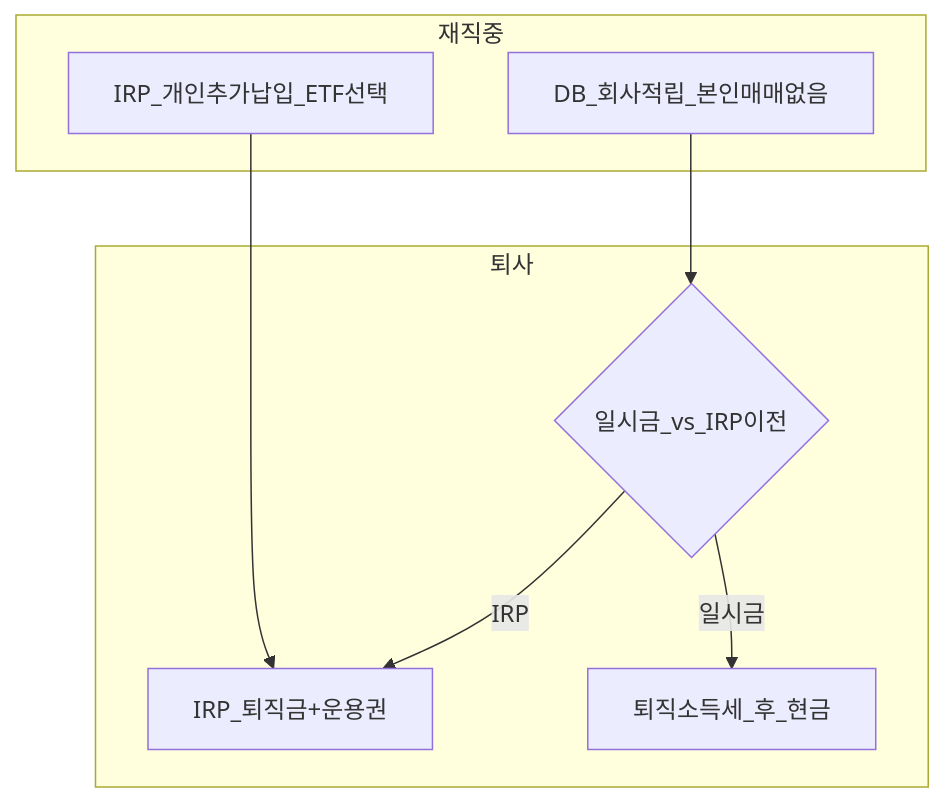
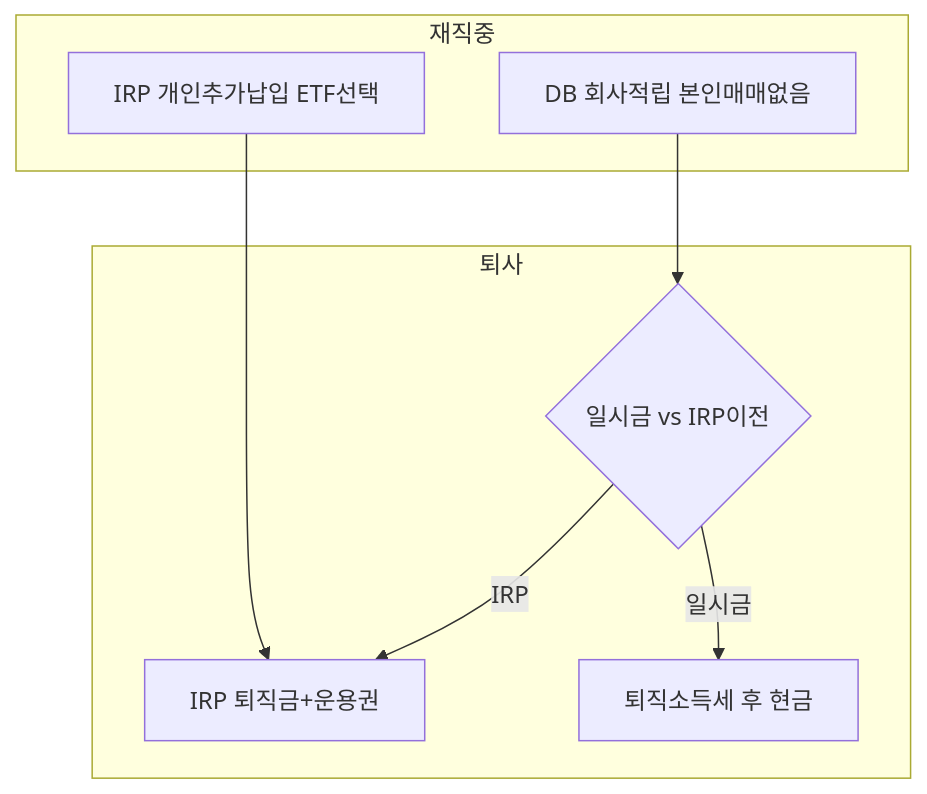
The first of 2 diagrams in 06-korea-policy/irp.md (goldanghenry/Finances), drawn with Mermaid before and after one commit. The commit also changed other lines of this file and 211 other files, not shown here.

````diff
--- a/06-korea-policy/irp.md
+++ b/06-korea-policy/irp.md
@@ -107,14 +116,14 @@
 ```mermaid
 flowchart TB
   subgraph work [재직중]
-    DB[DB_회사적립_본인매매없음]
-    IRP[IRP_개인추가납입_ETF선택]
+    DB["DB 회사적립 본인매매없음"]
+    IRP["IRP 개인추가납입 ETF선택"]
   end
   subgraph leave [퇴사]
-    Choice{일시금_vs_IRP이전}
-    Choice -->|IRP| IRP2[IRP_퇴직금+운용권]
-    Choice -->|일시금| Cash[퇴직소득세_후_현금]
+    Choice{"일시금 vs IRP이전"}
+    Choice -->|IRP| IRP2["IRP 퇴직금+운용권"]
+    Choice -->|일시금| Cash["퇴직소득세 후 현금"]
   end
   DB --> Choice
   IRP --> IRP2
 ```
````
